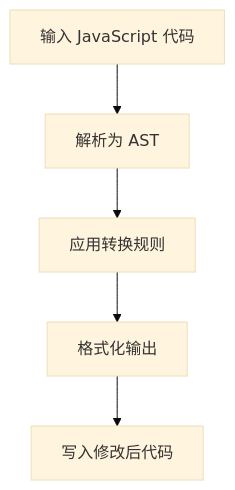
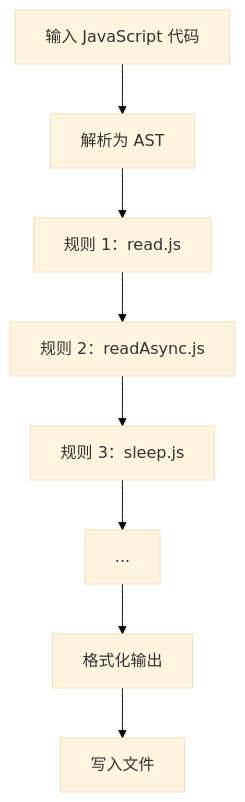
Before and after one commit to webc-site/npm: the diagram in fix/readme/zh/README.md, drawn with Mermaid (base theme). The commit also changed other lines of this file and 3 other files, not shown here.

Commit message:
docs: update READMEs with modernized descriptions, package name changes, improved architecture explanation, expanded tech stack, detailed code structure, and historical context

````diff
--- a/fix/readme/zh/README.md
+++ b/fix/readme/zh/README.md
@@ -31,7 +31,10 @@
 ```mermaid
 graph TD
 A[输入 JavaScript 代码] --> B[解析为 AST]
-B --> C[应用转换规则]
-C --> D[格式化输出]
-D --> E[写入修改后代码]
+B --> C[规则 1：read.js]
+C --> D[规则 2：readAsync.js]
+D --> E[规则 3：sleep.js]
+E --> F[...]
+F --> G[格式化输出]
+G --> H[写入文件]
 ```
````
